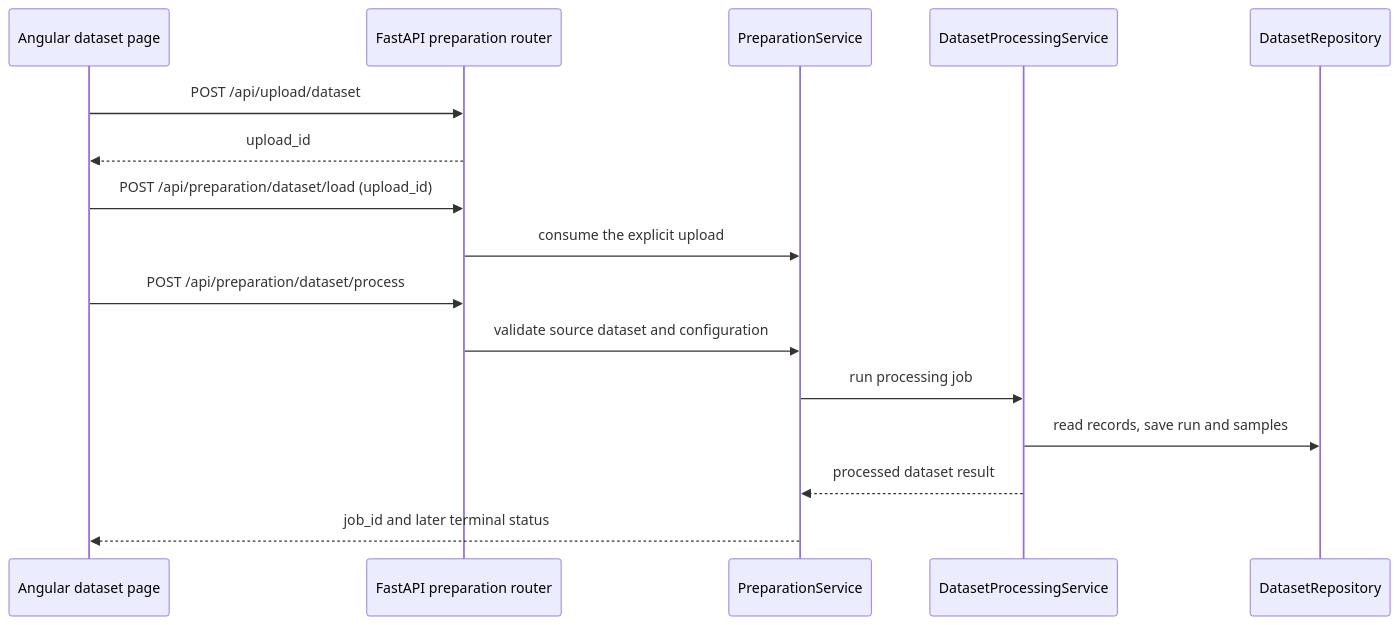
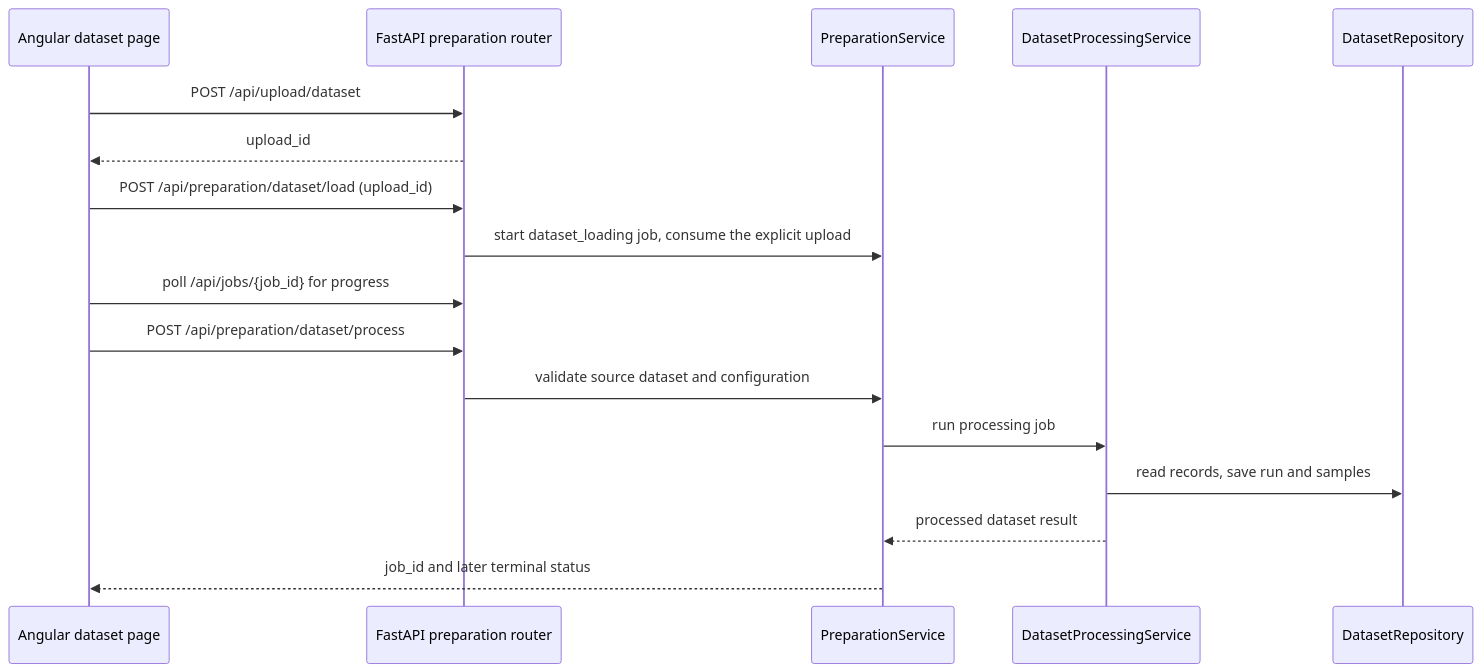
One commit to CTCycle/XREPORT-radiological-reports-generator changed the second of 2 diagrams in assets/docs/architecture/execution_and_data_flow.md. Above: the diagram before and after it, drawn with Mermaid. The commit also changed 19 other files, not shown here.

First line of the commit message:
feat: raise dataset upload limit to 2 GB and show upload and load progress in Studio

````diff
--- a/assets/docs/architecture/execution_and_data_flow.md
+++ b/assets/docs/architecture/execution_and_data_flow.md
@@ -175,19 +175,20 @@
 ```mermaid
 sequenceDiagram
     participant UI as Angular dataset page
     participant API as FastAPI preparation router
     participant Prep as PreparationService
     participant Process as DatasetProcessingService
     participant Repo as DatasetRepository
 
     UI->>API: POST /api/upload/dataset
     API-->>UI: upload_id
     UI->>API: POST /api/preparation/dataset/load (upload_id)
-    API->>Prep: consume the explicit upload
+    API->>Prep: start dataset_loading job, consume the explicit upload
+    UI->>API: poll /api/jobs/{job_id} for progress
     UI->>API: POST /api/preparation/dataset/process
     API->>Prep: validate source dataset and configuration
     Prep->>Process: run processing job
     Process->>Repo: read records, save run and samples
     Process-->>Prep: processed dataset result
     Prep-->>UI: job_id and later terminal status
 ```
````
